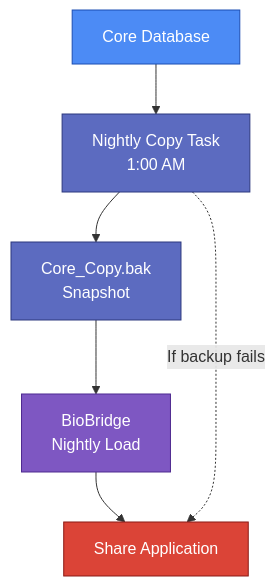
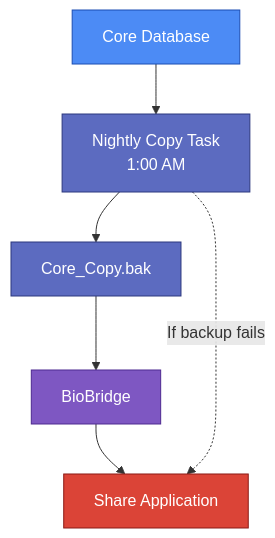
One commit to HashimZaffar/the-Practical-Test changed the second of 2 diagrams in README.md. Above: the diagram before and after it, drawn with Mermaid. The commit also changed other lines of this file, not shown here.

````diff
--- a/README.md
+++ b/README.md
@@ -180,16 +168,16 @@
 ```mermaid
 flowchart TB
     classDef task fill:#5c6bc0,stroke:#2c387e,color:white
     classDef core fill:#4c8bf5,stroke:#1b4db3,color:white
     classDef bridge fill:#7e57c2,stroke:#4e2a90,color:white
     classDef share fill:#db4437,stroke:#8b1a15,color:white
 
     Core[Core Database]:::core
     Task[Nightly Copy Task<br/>1:00 AM]:::task
-    Backup[Core_Copy.bak<br/>Snapshot]:::task
-    Bridge[BioBridge<br/>Nightly Load]:::bridge
+    Backup[Core_Copy.bak]:::task
+    Bridge[BioBridge]:::bridge
     ShareApp[Share Application]:::share
 
     Core --> Task --> Backup --> Bridge --> ShareApp
     Task -.->|If backup fails| ShareApp
 ```
````
